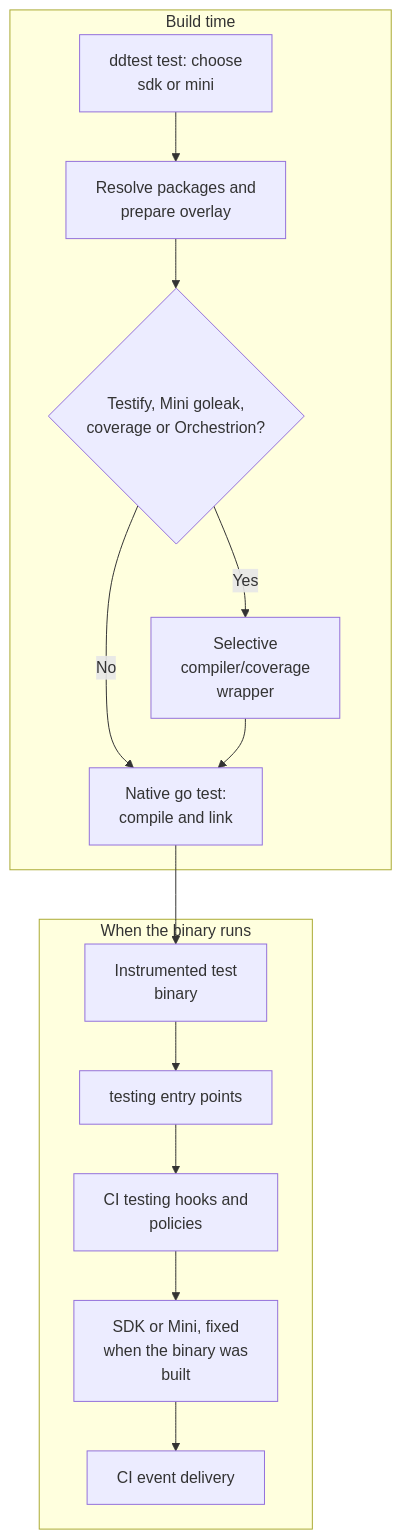
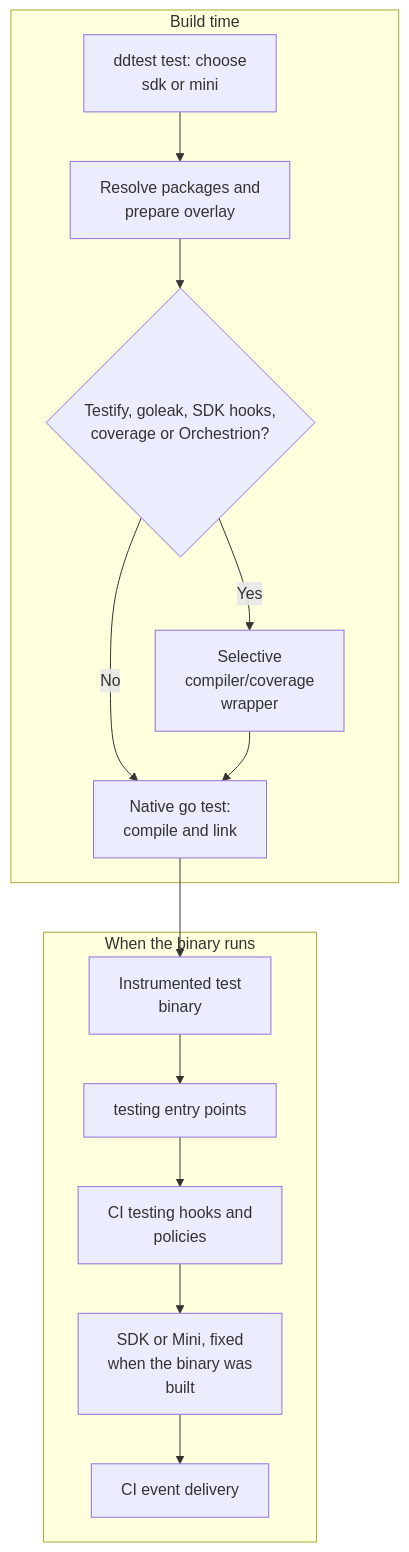
Before and after one commit to DataDog/ddtest: the first of 6 diagrams in ddto/docs/architecture.md, drawn with Mermaid. The commit also changed other lines of this file and 17 other files, not shown here.

````diff
--- a/ddto/docs/architecture.md
+++ b/ddto/docs/architecture.md
@@ -20,17 +20,17 @@
 ```mermaid
 flowchart TB
     subgraph build["Build time"]
         CLI["ddtest test: choose<br/>sdk or mini"] --> Plan["Resolve packages and<br/>prepare overlay"]
-        Plan --> Selection{"Testify, Mini goleak,<br/>coverage or Orchestrion?"}
+        Plan --> Selection{"Testify, goleak, SDK hooks,<br/>coverage or Orchestrion?"}
         Selection -->|Yes| Tools["Selective<br/>compiler/coverage<br/>wrapper"]
         Selection -->|No| Go["Native go test:<br/>compile and link"]
         Tools --> Go
     end
     Go --> Binary["Instrumented test<br/>binary"]
     subgraph execution["When the binary runs"]
         Binary --> Testing["testing entry points"]
         Testing --> Hooks["CI testing hooks and<br/>policies"]
         Hooks --> Runtime["SDK or Mini, fixed<br/>when the binary was<br/>built"]
         Runtime --> Output["CI event delivery"]
     end
 ```
````
